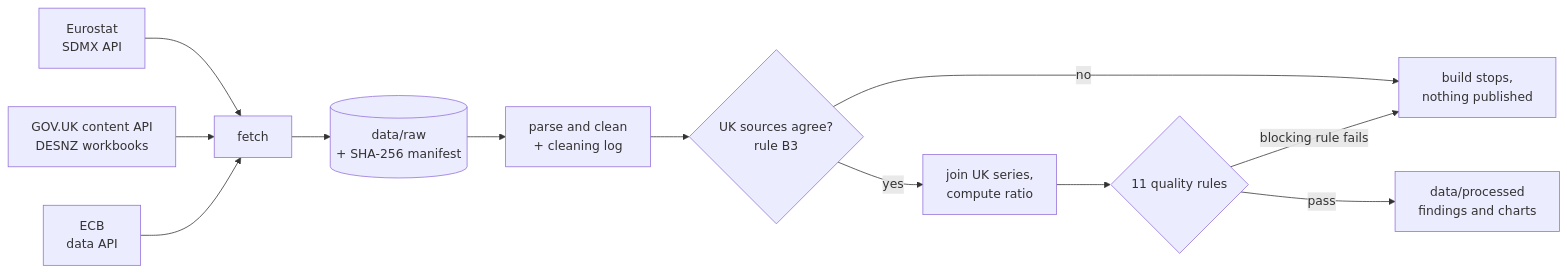
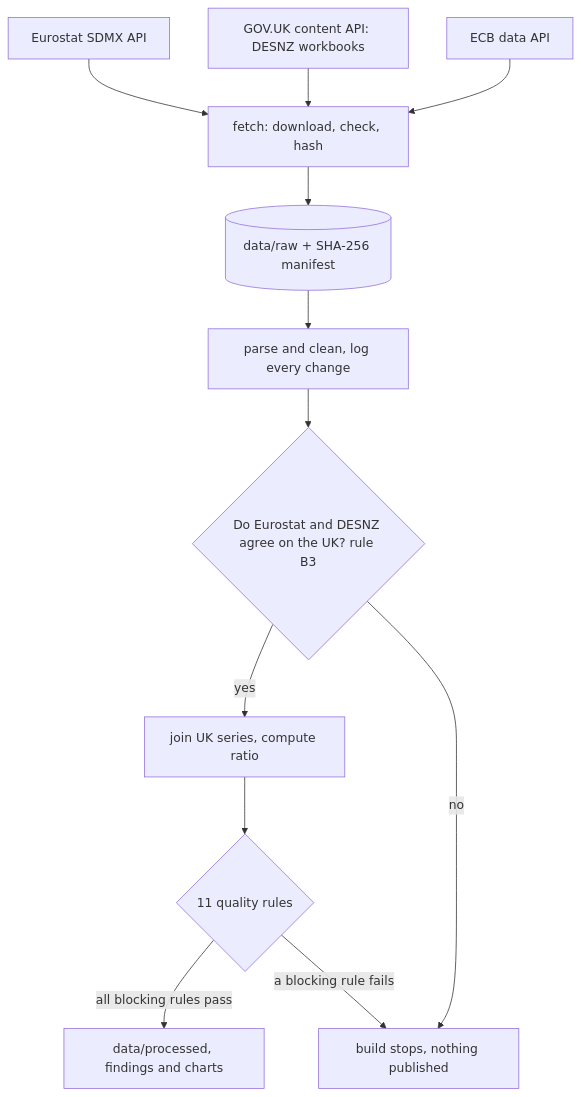
One commit to gbadedata/electricity-gas-price-ratio changed the diagram in README.md. Above: the diagram before and after it, drawn with Mermaid.

Commit message:
README: redraw the pipeline diagram top to bottom so it fits
Claude-Session: https://claude.ai/code/session_014GVRv6CKzrTT55NwqAzjs1

````diff
--- a/README.md
+++ b/README.md
@@ -100,14 +100,14 @@
 ```mermaid
-flowchart LR
-    A[Eurostat<br/>SDMX API] --> F[fetch]
-    B[GOV.UK content API<br/>DESNZ workbooks] --> F
-    C[ECB<br/>data API] --> F
-    F --> R[(data/raw<br/>+ SHA-256 manifest)]
-    R --> P[parse and clean<br/>+ cleaning log]
-    P --> S{UK sources agree?<br/>rule B3}
-    S -->|no| STOP[build stops,<br/>nothing published]
-    S -->|yes| X[join UK series,<br/>compute ratio]
+flowchart TD
+    A[Eurostat SDMX API] --> F
+    B[GOV.UK content API: DESNZ workbooks] --> F
+    C[ECB data API] --> F
+    F[fetch: download, check, hash] --> R[(data/raw + SHA-256 manifest)]
+    R --> P[parse and clean, log every change]
+    P --> S{Do Eurostat and DESNZ agree on the UK? rule B3}
+    S -- yes --> X[join UK series, compute ratio]
     X --> V{11 quality rules}
-    V -->|blocking rule fails| STOP
-    V -->|pass| O[data/processed<br/>findings and charts]
+    V -- all blocking rules pass --> O[data/processed, findings and charts]
+    S -- no --> STOP[build stops, nothing published]
+    V -- a blocking rule fails --> STOP
 ```
````
